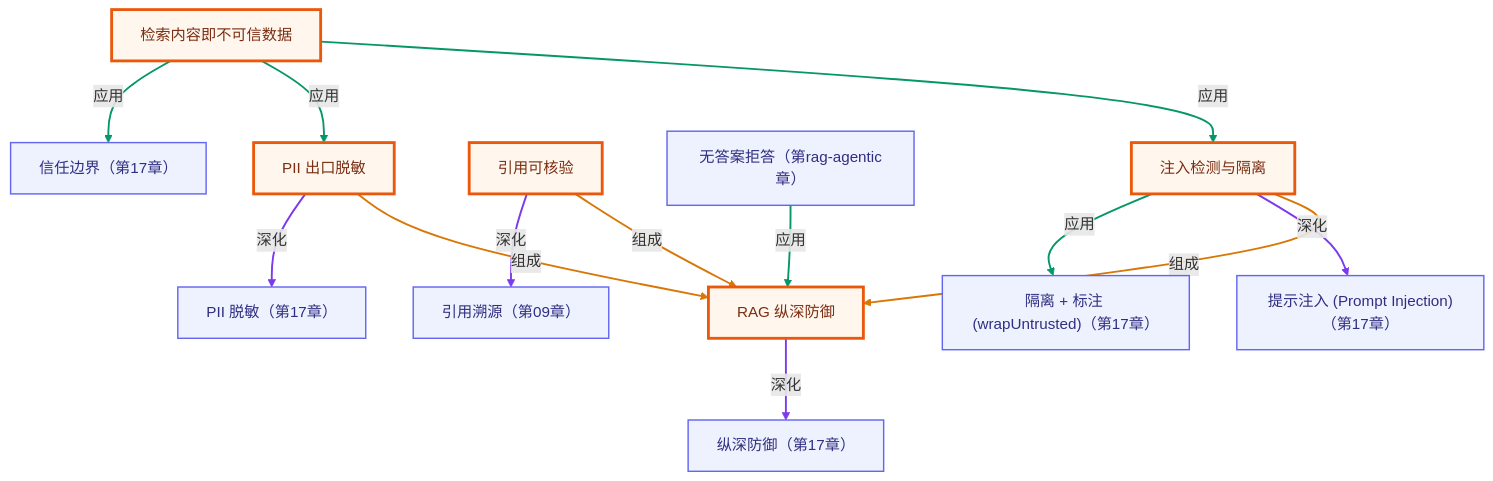
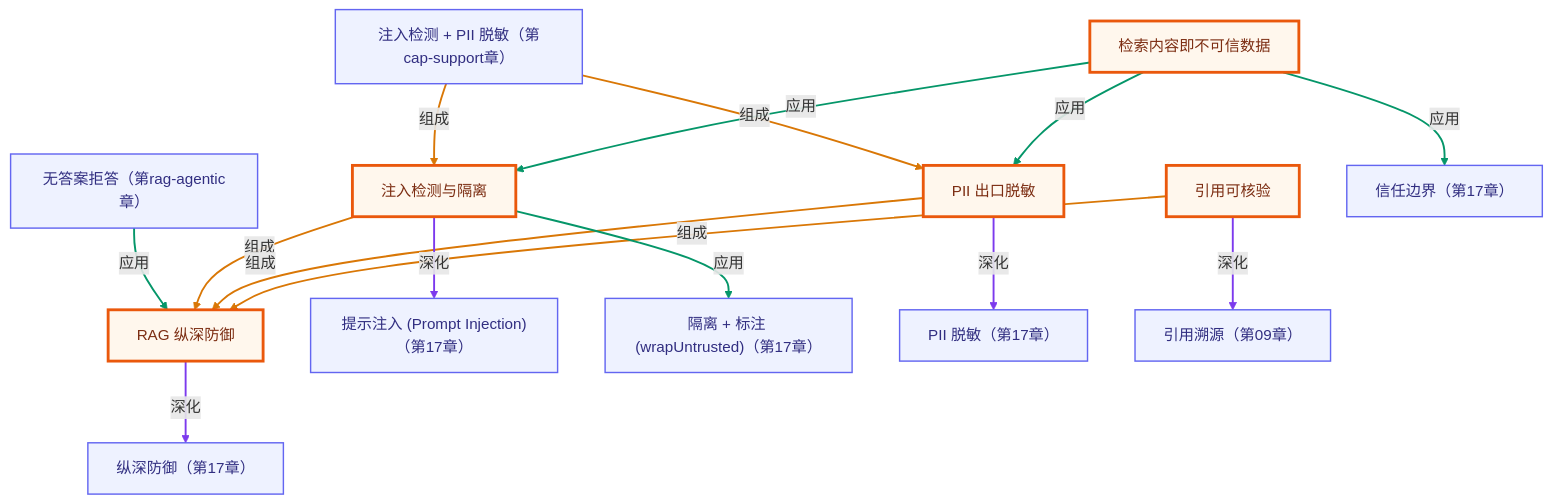
The second of 2 diagrams in rag-advanced/09-rag-security/README.md (songuu/agent), drawn with Mermaid before and after one commit. The commit also changed other lines of this file and 46 other files, not shown here.

````diff
--- a/rag-advanced/09-rag-security/README.md
+++ b/rag-advanced/09-rag-security/README.md
@@ -158,43 +158,48 @@
 ```mermaid
 graph TB
   classDef own fill:#fff7ed,stroke:#ea580c,stroke-width:3px,color:#7c2d12;
   classDef cross fill:#eef2ff,stroke:#6366f1,stroke-width:1.5px,color:#312e81;
   n_cragsec_untrusted_retrieval["检索内容即不可信数据"]
   n_cragsec_injection_detection["注入检测与隔离"]
   n_cragsec_pii_redaction["PII 出口脱敏"]
   n_cragsec_citation_verification["引用可核验"]
   n_cragsec_defense_in_depth["RAG 纵深防御"]
+  n_csup_security["注入检测 + PII 脱敏（第cap-support章）"]
   n_cragagentic_refuse["无答案拒答（第rag-agentic章）"]
   n_c17_trust_boundary["信任边界（第17章）"]
   n_c17_prompt_injection["提示注入 (Prompt Injection)（第17章）"]
   n_c17_isolate_and_label["隔离 + 标注 (wrapUntrusted)（第17章）"]
   n_c17_pii_redaction["PII 脱敏（第17章）"]
   n_c09_citation["引用溯源（第09章）"]
   n_c17_defense_in_depth["纵深防御（第17章）"]
+  n_csup_security -->|组成| n_cragsec_injection_detection
+  n_csup_security -->|组成| n_cragsec_pii_redaction
   n_cragagentic_refuse -->|应用| n_cragsec_defense_in_depth
   n_cragsec_untrusted_retrieval -->|应用| n_cragsec_injection_detection
   n_cragsec_untrusted_retrieval -->|应用| n_cragsec_pii_redaction
   n_cragsec_injection_detection -->|组成| n_cragsec_defense_in_depth
   n_cragsec_pii_redaction -->|组成| n_cragsec_defense_in_depth
   n_cragsec_citation_verification -->|组成| n_cragsec_defense_in_depth
   n_cragsec_untrusted_retrieval -->|应用| n_c17_trust_boundary
   n_cragsec_injection_detection -->|深化| n_c17_prompt_injection
   n_cragsec_injection_detection -->|应用| n_c17_isolate_and_label
   n_cragsec_pii_redaction -->|深化| n_c17_pii_redaction
   n_cragsec_citation_verification -->|深化| n_c09_citation
   n_cragsec_defense_in_depth -->|深化| n_c17_defense_in_depth
   class n_cragsec_untrusted_retrieval,n_cragsec_injection_detection,n_cragsec_pii_redaction,n_cragsec_citation_verification,n_cragsec_defense_in_depth own;
-  class n_cragagentic_refuse,n_c17_trust_boundary,n_c17_prompt_injection,n_c17_isolate_and_label,n_c17_pii_redaction,n_c09_citation,n_c17_defense_in_depth cross;
-  linkStyle 0 stroke:#059669,stroke-width:2px;
-  linkStyle 1 stroke:#059669,stroke-width:2px;
+  class n_csup_security,n_cragagentic_refuse,n_c17_trust_boundary,n_c17_prompt_injection,n_c17_isolate_and_label,n_c17_pii_redaction,n_c09_citation,n_c17_defense_in_depth cross;
+  linkStyle 0 stroke:#d97706,stroke-width:2px;
+  linkStyle 1 stroke:#d97706,stroke-width:2px;
   linkStyle 2 stroke:#059669,stroke-width:2px;
-  linkStyle 3 stroke:#d97706,stroke-width:2px;
-  linkStyle 4 stroke:#d97706,stroke-width:2px;
+  linkStyle 3 stroke:#059669,stroke-width:2px;
+  linkStyle 4 stroke:#059669,stroke-width:2px;
   linkStyle 5 stroke:#d97706,stroke-width:2px;
-  linkStyle 6 stroke:#059669,stroke-width:2px;
-  linkStyle 7 stroke:#7c3aed,stroke-width:2px;
+  linkStyle 6 stroke:#d97706,stroke-width:2px;
+  linkStyle 7 stroke:#d97706,stroke-width:2px;
   linkStyle 8 stroke:#059669,stroke-width:2px;
   linkStyle 9 stroke:#7c3aed,stroke-width:2px;
-  linkStyle 10 stroke:#7c3aed,stroke-width:2px;
+  linkStyle 10 stroke:#059669,stroke-width:2px;
   linkStyle 11 stroke:#7c3aed,stroke-width:2px;
+  linkStyle 12 stroke:#7c3aed,stroke-width:2px;
+  linkStyle 13 stroke:#7c3aed,stroke-width:2px;
 ```
````
